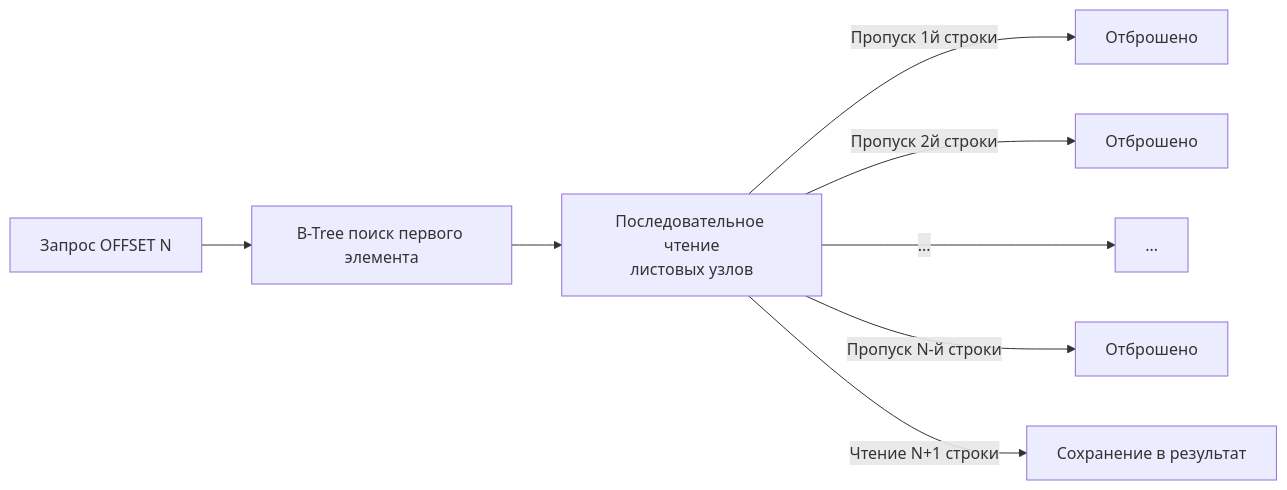
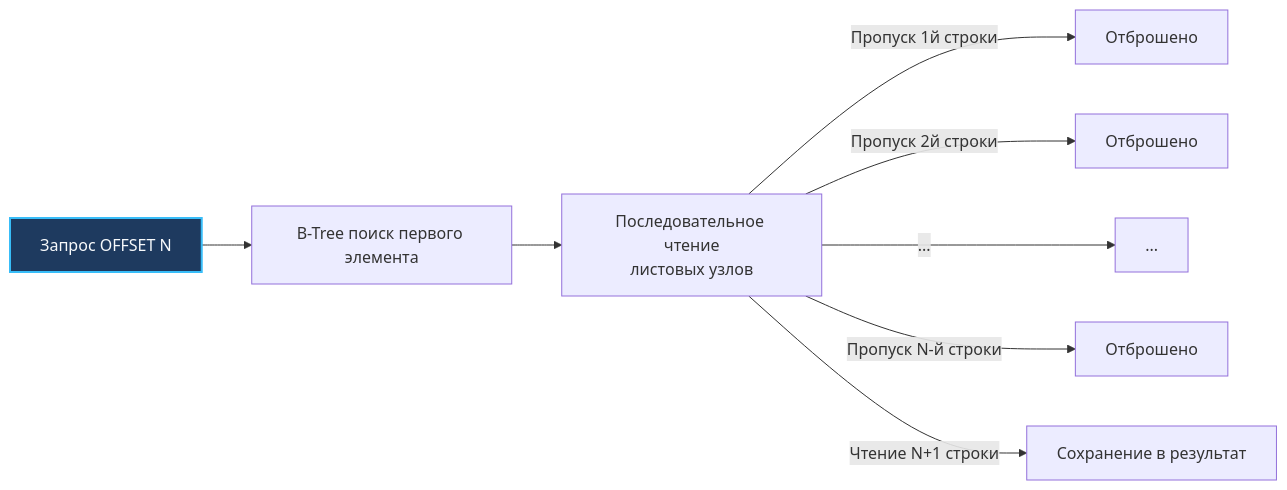
The second of 2 diagrams in sources/12. Базы данных/02. SQL базовый/4. ORDER BY, LIMIT.md (UnrealTemplier/go-textbook), drawn with Mermaid before and after one commit. The commit also changed other lines of this file and 1666 other files, not shown here.

First line of the commit message:
feat(mermaid): add semantic color classDef to 1369 colorless flowchart/graph diagrams

````diff
--- a/sources/12. Базы данных/02. SQL базовый/4. ORDER BY, LIMIT.md
+++ b/sources/12. Базы данных/02. SQL базовый/4. ORDER BY, LIMIT.md
@@ -136,10 +146,20 @@
 ```mermaid
 flowchart LR
-    Start["Запрос OFFSET N"] --> Traverse["B-Tree поиск первого элемента"]
+    classDef process  fill:#1e293b,stroke:#38bdf8,stroke-width:1px,color:#f8fafc
+    classDef success  fill:#064e3b,stroke:#34d399,stroke-width:1px,color:#f8fafc
+    classDef error    fill:#7f1d1d,stroke:#f87171,stroke-width:1px,color:#f8fafc
+    classDef warning  fill:#78350f,stroke:#fbbf24,stroke-width:1px,color:#f8fafc
+    classDef entry    fill:#1e3a5f,stroke:#38bdf8,stroke-width:2px,color:#f8fafc
+    classDef aux      fill:#334155,stroke:#64748b,stroke-width:1px,color:#f8fafc
+    classDef system   fill:#312e81,stroke:#a78bfa,stroke-width:1px,color:#f8fafc
+    classDef data     fill:#132d29,stroke:#2dd4bf,stroke-width:1px,color:#f8fafc
+    classDef network  fill:#881337,stroke:#fb7185,stroke-width:1px,color:#f8fafc
+    classDef accent   fill:#1e1b4b,stroke:#818cf8,stroke-width:1px,color:#f8fafc
+    Start["Запрос OFFSET N"]:::entry --> Traverse["B-Tree поиск первого элемента"]
     Traverse --> Iterate["Последовательное чтение<br>листовых узлов"]
     Iterate -->|"Пропуск 1й строки"| Drop1["Отброшено"]
     Iterate -->|"Пропуск 2й строки"| Drop2["Отброшено"]
     Iterate -->|"..."| DropN["..."]
     Iterate -->|"Пропуск N-й строки"| DropX["Отброшено"]
     Iterate -->|"Чтение N+1 строки"| Keep["Сохранение в результат"]
 ```
````
